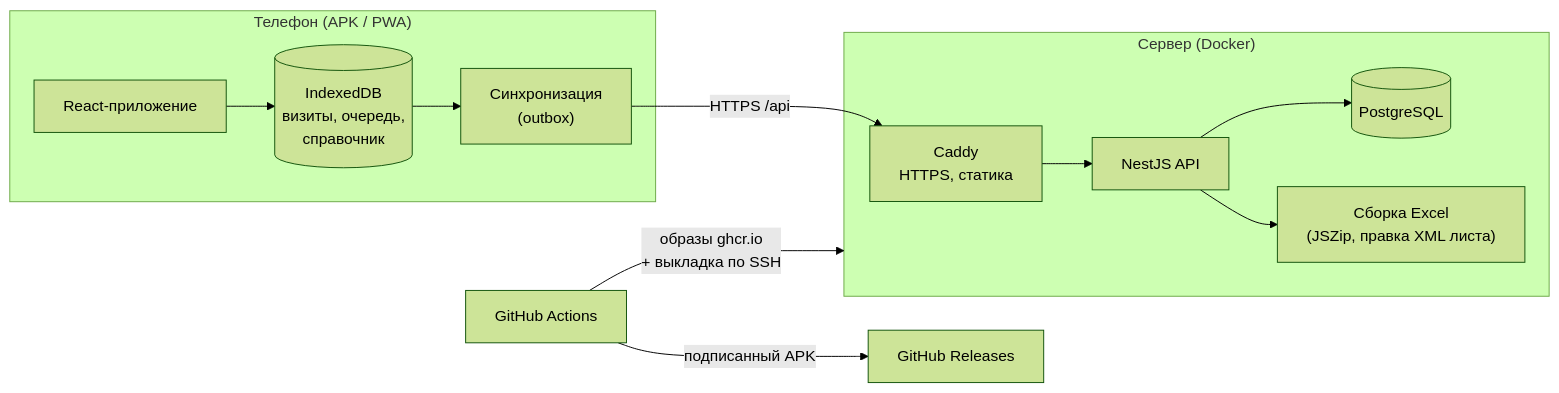
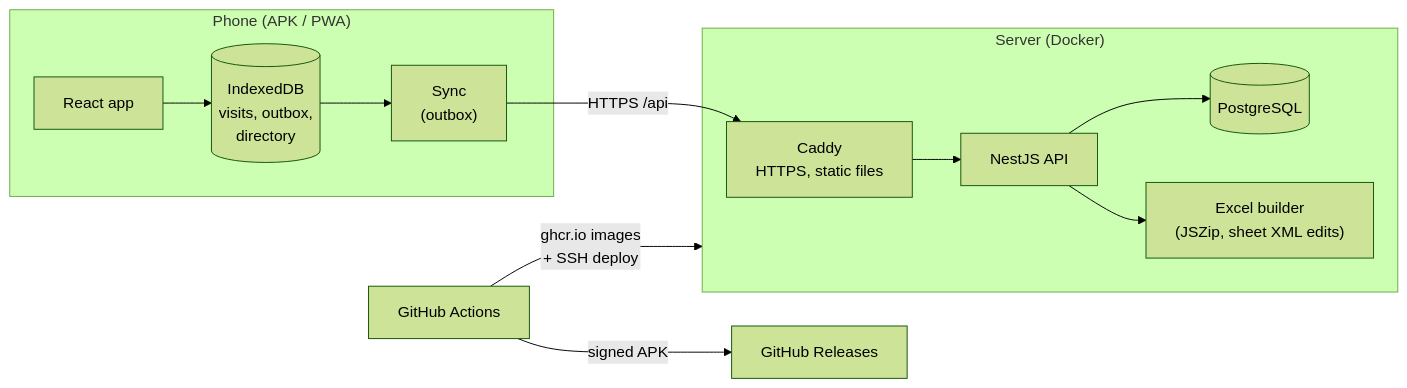
The diagram in README.md (Dqnial/mp-report), drawn with Mermaid (forest theme) before and after one commit. The commit also changed other lines of this file and 1 other file, not shown here.

````diff
--- a/README.md
+++ b/README.md
@@ -51,15 +62,15 @@
 ```mermaid
 flowchart LR
-  subgraph Phone["Телефон (APK / PWA)"]
-    UI["React-приложение"] --> IDB[("IndexedDB<br/>визиты, очередь,<br/>справочник")]
-    IDB --> Sync["Синхронизация<br/>(outbox)"]
+  subgraph Phone["Phone (APK / PWA)"]
+    UI["React app"] --> IDB[("IndexedDB<br/>visits, outbox,<br/>directory")]
+    IDB --> Sync["Sync<br/>(outbox)"]
   end
   Sync -- "HTTPS /api" --> Caddy
-  subgraph Server["Сервер (Docker)"]
-    Caddy["Caddy<br/>HTTPS, статика"] --> API["NestJS API"]
+  subgraph Server["Server (Docker)"]
+    Caddy["Caddy<br/>HTTPS, static files"] --> API["NestJS API"]
     API --> PG[("PostgreSQL")]
-    API --> XLSX["Сборка Excel<br/>(JSZip, правка XML листа)"]
+    API --> XLSX["Excel builder<br/>(JSZip, sheet XML edits)"]
   end
-  CI["GitHub Actions"] -- "образы ghcr.io<br/>+ выкладка по SSH" --> Server
-  CI -- "подписанный APK" --> Releases["GitHub Releases"]
+  CI["GitHub Actions"] -- "ghcr.io images<br/>+ SSH deploy" --> Server
+  CI -- "signed APK" --> Releases["GitHub Releases"]
 ```
````
